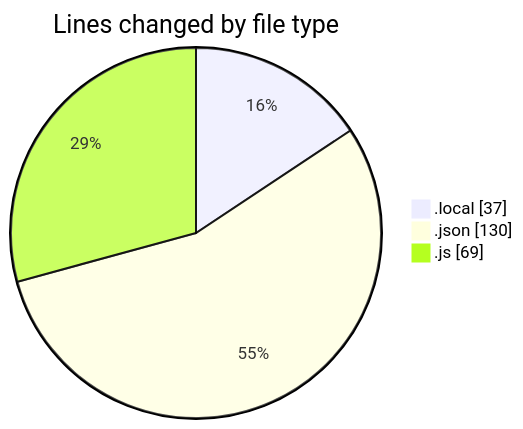
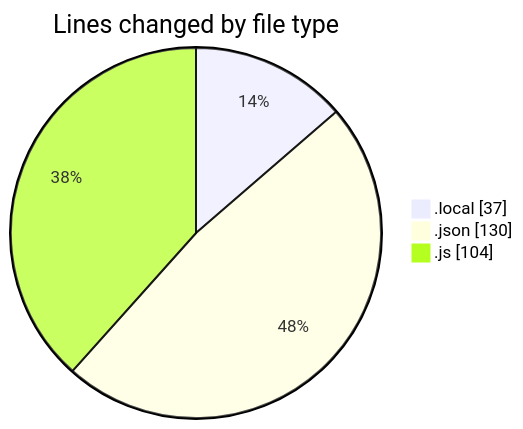
One commit to becaeroporto-bot/code-tracking changed the first of 2 diagrams in 2026-02-17/id_ia/README.md. Above: the diagram before and after it, drawn with Mermaid. The commit also changed other lines of this file and 1 other file, not shown here.

````diff
--- a/2026-02-17/id_ia/README.md
+++ b/2026-02-17/id_ia/README.md
@@ -22,7 +23,7 @@
 ```mermaid
 pie showData
 title Lines changed by file type
 ".local" : 37
 ".json" : 130
-".js" : 69
+".js" : 104
 ```
````
